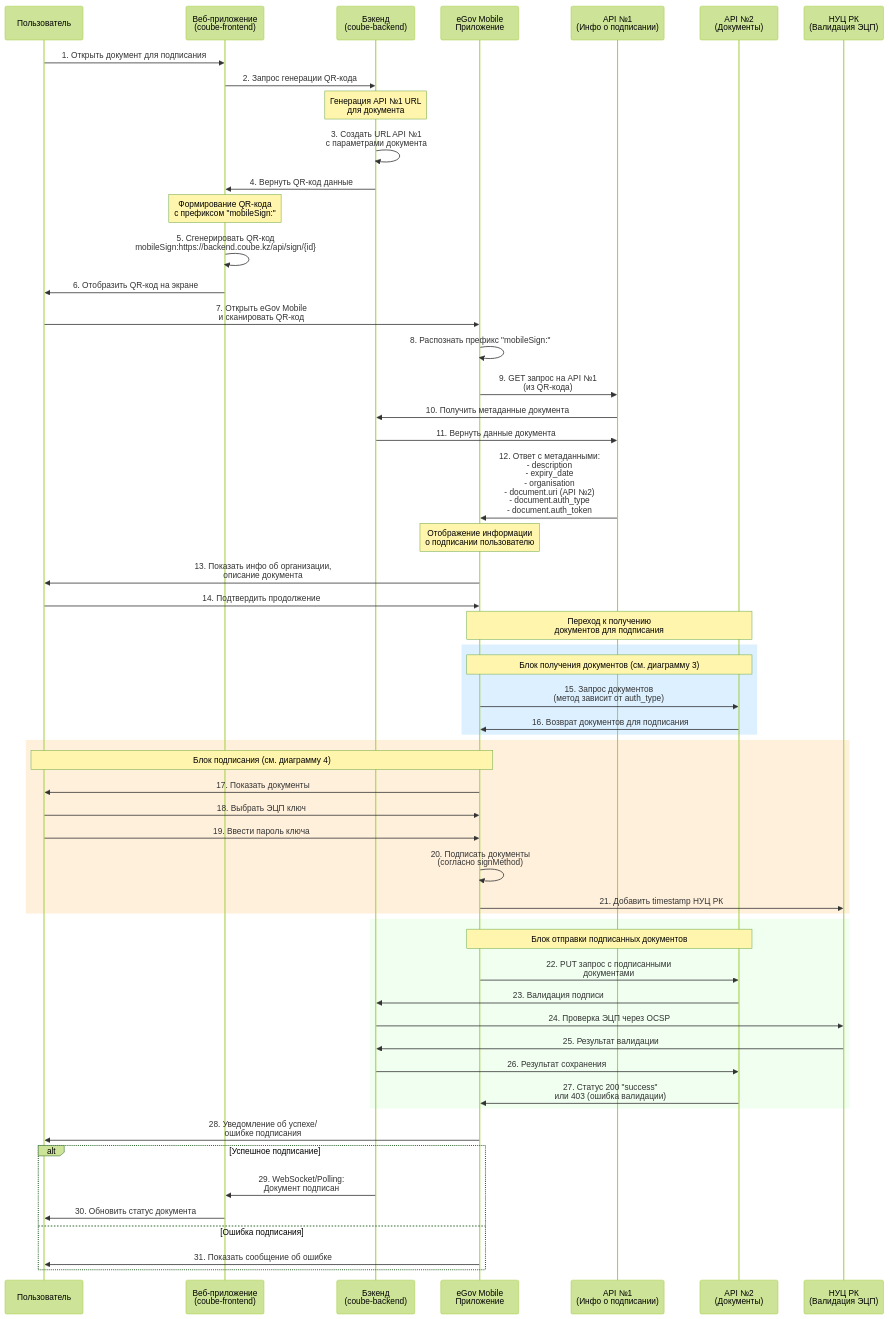
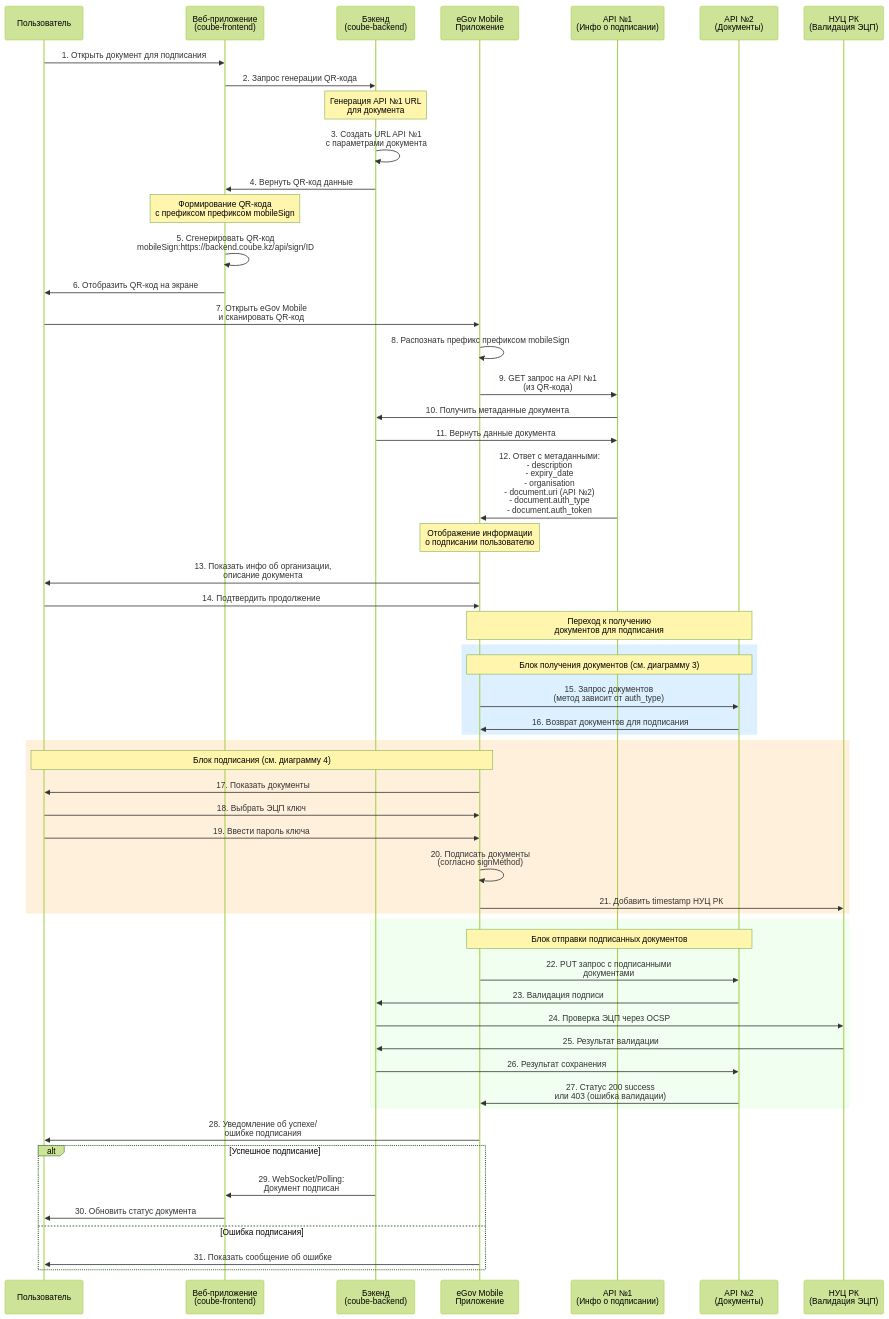
One commit to adamshels1/coube-documentation changed the first of 17 diagrams in business_analysis/converted/QR sign/QR-Signing-Flow-Diagrams.md. Above: the diagram before and after it, drawn with Mermaid (forest theme). The commit also changed other lines of this file, not shown here.

````diff
--- a/business_analysis/converted/QR sign/QR-Signing-Flow-Diagrams.md
+++ b/business_analysis/converted/QR sign/QR-Signing-Flow-Diagrams.md
@@ -18,73 +18,73 @@
 ```mermaid
 sequenceDiagram
     participant User as Пользователь
     participant Web as Веб-приложение<br/>(coube-frontend)
     participant Backend as Бэкенд<br/>(coube-backend)
     participant eGov as eGov Mobile<br/>Приложение
     participant API1 as API №1<br/>(Инфо о подписании)
     participant API2 as API №2<br/>(Документы)
     participant НУЦ as НУЦ РК<br/>(Валидация ЭЦП)
 
     User->>Web: 1. Открыть документ для подписания
     Web->>Backend: 2. Запрос генерации QR-кода
 
     Note over Backend: Генерация API №1 URL<br/>для документа
 
     Backend->>Backend: 3. Создать URL API №1<br/>с параметрами документа
     Backend->>Web: 4. Вернуть QR-код данные
 
-    Note over Web: Формирование QR-кода<br/>с префиксом "mobileSign:"
+    Note over Web: Формирование QR-кода<br/>с префиксом префиксом mobileSign
 
-    Web->>Web: 5. Сгенерировать QR-код<br/>mobileSign:https://backend.coube.kz/api/sign/{id}
+    Web->>Web: 5. Сгенерировать QR-код<br/>mobileSign:https://backend.coube.kz/api/sign/ID
     Web->>User: 6. Отобразить QR-код на экране
 
     User->>eGov: 7. Открыть eGov Mobile<br/>и сканировать QR-код
-    eGov->>eGov: 8. Распознать префикс "mobileSign:"
+    eGov->>eGov: 8. Распознать префикс префиксом mobileSign
     eGov->>API1: 9. GET запрос на API №1<br/>(из QR-кода)
 
     API1->>Backend: 10. Получить метаданные документа
     Backend->>API1: 11. Вернуть данные документа
 
     API1->>eGov: 12. Ответ с метаданными:<br/>- description<br/>- expiry_date<br/>- organisation<br/>- document.uri (API №2)<br/>- document.auth_type<br/>- document.auth_token
 
     Note over eGov: Отображение информации<br/>о подписании пользователю
 
     eGov->>User: 13. Показать инфо об организации,<br/>описание документа
     User->>eGov: 14. Подтвердить продолжение
 
     Note over eGov,API2: Переход к получению<br/>документов для подписания
 
     rect rgb(220, 240, 255)
         Note over eGov,API2: Блок получения документов (см. диаграмму 3)
         eGov->>API2: 15. Запрос документов<br/>(метод зависит от auth_type)
         API2->>eGov: 16. Возврат документов для подписания
     end
 
     rect rgb(255, 240, 220)
         Note over User,eGov: Блок подписания (см. диаграмму 4)
         eGov->>User: 17. Показать документы
         User->>eGov: 18. Выбрать ЭЦП ключ
         User->>eGov: 19. Ввести пароль ключа
         eGov->>eGov: 20. Подписать документы<br/>(согласно signMethod)
         eGov->>НУЦ: 21. Добавить timestamp НУЦ РК
     end
 
     rect rgb(240, 255, 240)
         Note over eGov,API2: Блок отправки подписанных документов
         eGov->>API2: 22. PUT запрос с подписанными<br/>документами
         API2->>Backend: 23. Валидация подписи
         Backend->>НУЦ: 24. Проверка ЭЦП через OCSP
         НУЦ->>Backend: 25. Результат валидации
         Backend->>API2: 26. Результат сохранения
-        API2->>eGov: 27. Статус 200 "success"<br/>или 403 (ошибка валидации)
+        API2->>eGov: 27. Статус 200 success<br/>или 403 (ошибка валидации)
     end
 
     eGov->>User: 28. Уведомление об успехе/<br/>ошибке подписания
 
     alt Успешное подписание
         Backend->>Web: 29. WebSocket/Polling:<br/>Документ подписан
         Web->>User: 30. Обновить статус документа
     else Ошибка подписания
         eGov->>User: 31. Показать сообщение об ошибке
     end
 ```
````
